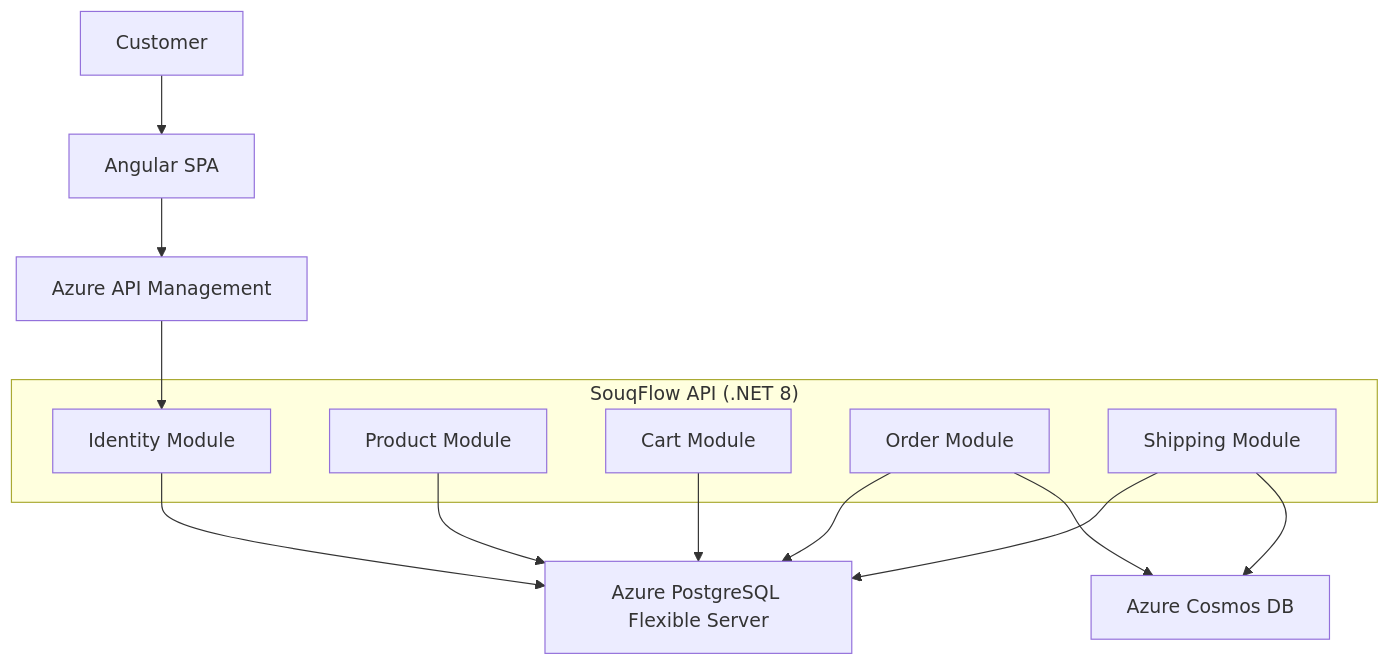
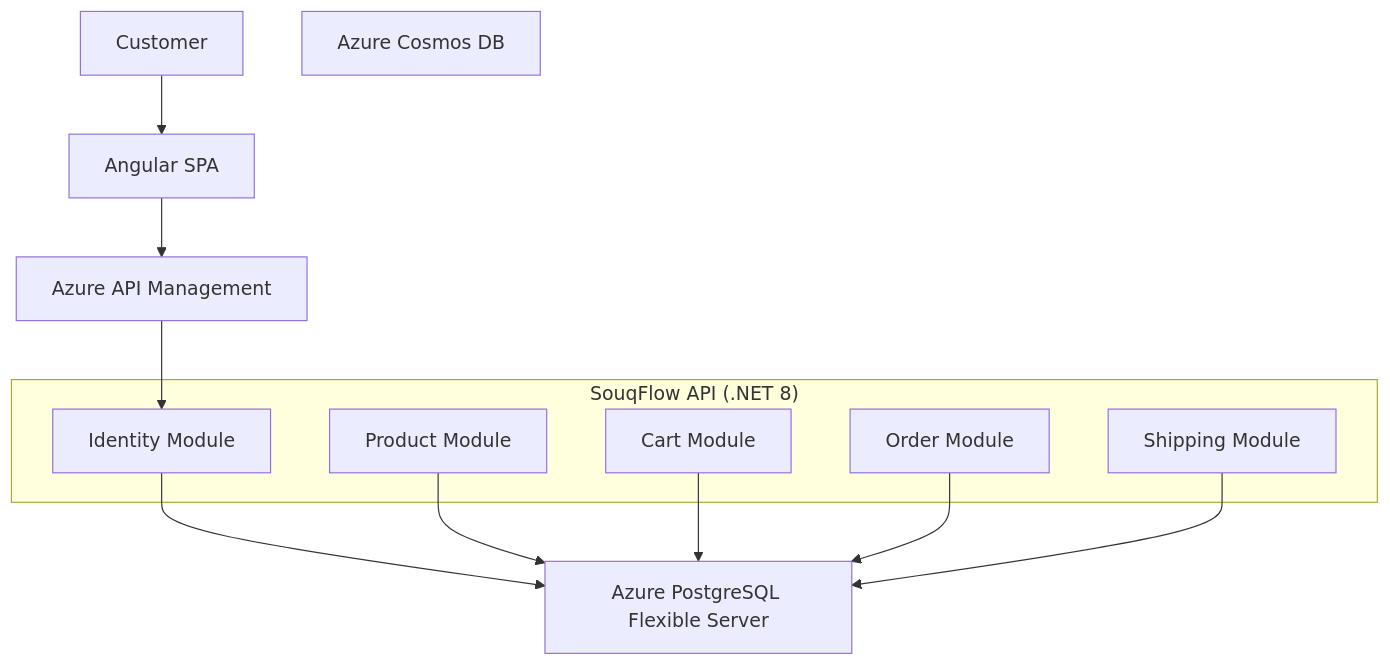
The diagram in README.md (shaikhimran/SouqFlow), drawn with Mermaid before and after one commit.

Commit message:
mermaid 3

````diff
--- a/README.md
+++ b/README.md
@@ -26,34 +26,31 @@
 ```mermaid
 flowchart TD
 
     Customer[Customer]
 
     Angular[Angular SPA]
 
     APIM[Azure API Management]
 
     subgraph SouqFlow["SouqFlow API (.NET 8)"]
         Identity[Identity Module]
         Product[Product Module]
         Cart[Cart Module]
         Order[Order Module]
         Shipping[Shipping Module]
     end
 
     Postgres[Azure PostgreSQL Flexible Server]
 
     Cosmos[Azure Cosmos DB]
 
     Customer --> Angular
     Angular --> APIM
     APIM --> Identity
 
     Identity --> Postgres
     Product --> Postgres
     Cart --> Postgres
     Order --> Postgres
     Shipping --> Postgres
-
-    Shipping --> Cosmos
-    Order --> Cosmos
 ```
````
